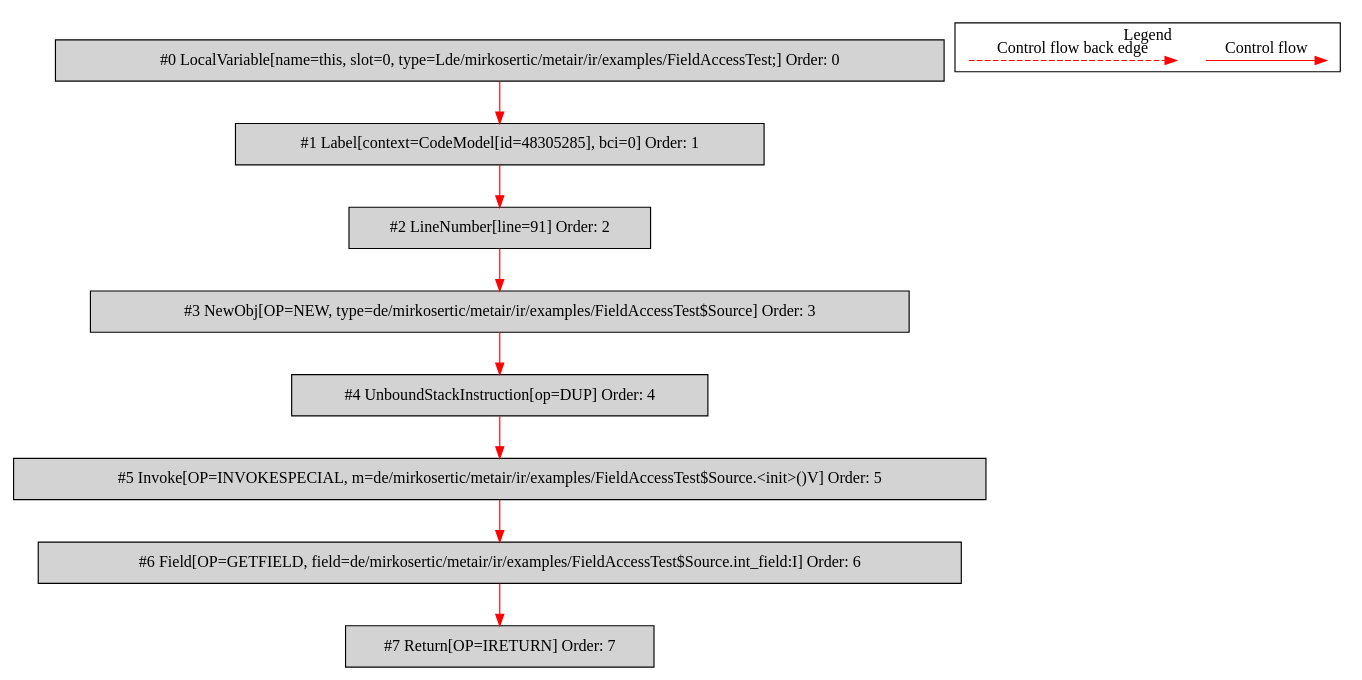
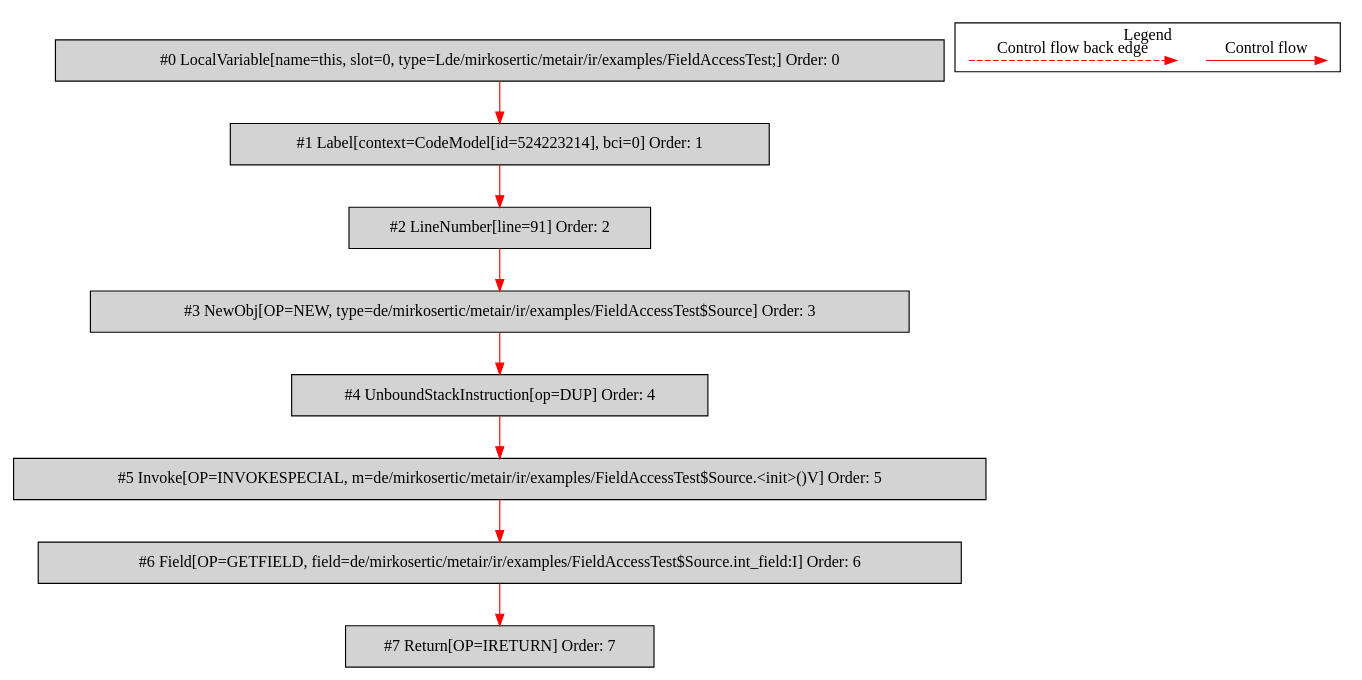
One commit to mirkosertic/MetaIR changed the diagram in de.mirkosertic.metair.ir.examples.FieldAccessTest/return_int/bytecodecfg.dot. Above: the diagram before and after it, drawn with Graphviz. The commit also changed 1321 other files, not shown here.

```diff
--- a/de.mirkosertic.metair.ir.examples.FieldAccessTest/return_int/bytecodecfg.dot
+++ b/de.mirkosertic.metair.ir.examples.FieldAccessTest/return_int/bytecodecfg.dot
@@ -1,32 +1,32 @@
 digraph {
  ordering="in";
  node0[label="#0 LocalVariable[name=this, slot=0, type=Lde/mirkosertic/metair/ir/examples/FieldAccessTest;] Order: 0", shape=box, fillcolor=lightgrey, style=filled];
- node1[label="#1 Label[context=CodeModel[id=48305285], bci=0] Order: 1", shape=box, fillcolor=lightgrey, style=filled];
+ node1[label="#1 Label[context=CodeModel[id=524223214], bci=0] Order: 1", shape=box, fillcolor=lightgrey, style=filled];
  node2[label="#2 LineNumber[line=91] Order: 2", shape=box, fillcolor=lightgrey, style=filled];
  node3[label="#3 NewObj[OP=NEW, type=de/mirkosertic/metair/ir/examples/FieldAccessTest$Source] Order: 3", shape=box, fillcolor=lightgrey, style=filled];
  node4[label="#4 UnboundStackInstruction[op=DUP] Order: 4", shape=box, fillcolor=lightgrey, style=filled];
  node5[label="#5 Invoke[OP=INVOKESPECIAL, m=de/mirkosertic/metair/ir/examples/FieldAccessTest$Source.<init>()V] Order: 5", shape=box, fillcolor=lightgrey, style=filled];
  node6[label="#6 Field[OP=GETFIELD, field=de/mirkosertic/metair/ir/examples/FieldAccessTest$Source.int_field:I] Order: 6", shape=box, fillcolor=lightgrey, style=filled];
  node7[label="#7 Return[OP=IRETURN] Order: 7", shape=box, fillcolor=lightgrey, style=filled];
  node0 -> node1[color=red];
  node1 -> node2[color=red];
  node2 -> node3[color=red];
  node3 -> node4[color=red];
  node4 -> node5[color=red];
  node5 -> node6[color=red];
  node6 -> node7[color=red];
  subgraph cluster_000 {
   label = "Legend";
   node [shape=point]
   {
    rank=same;
    c0 [style = invis];
    c1 [style = invis];
    c2 [style = invis];
    c3 [style = invis];
   }
   c0 -> c1 [label="Control flow", style=solid, color=red]
   c2 -> c3 [label="Control flow back edge", style=dashed, color=red]
  }
 
 }
```
